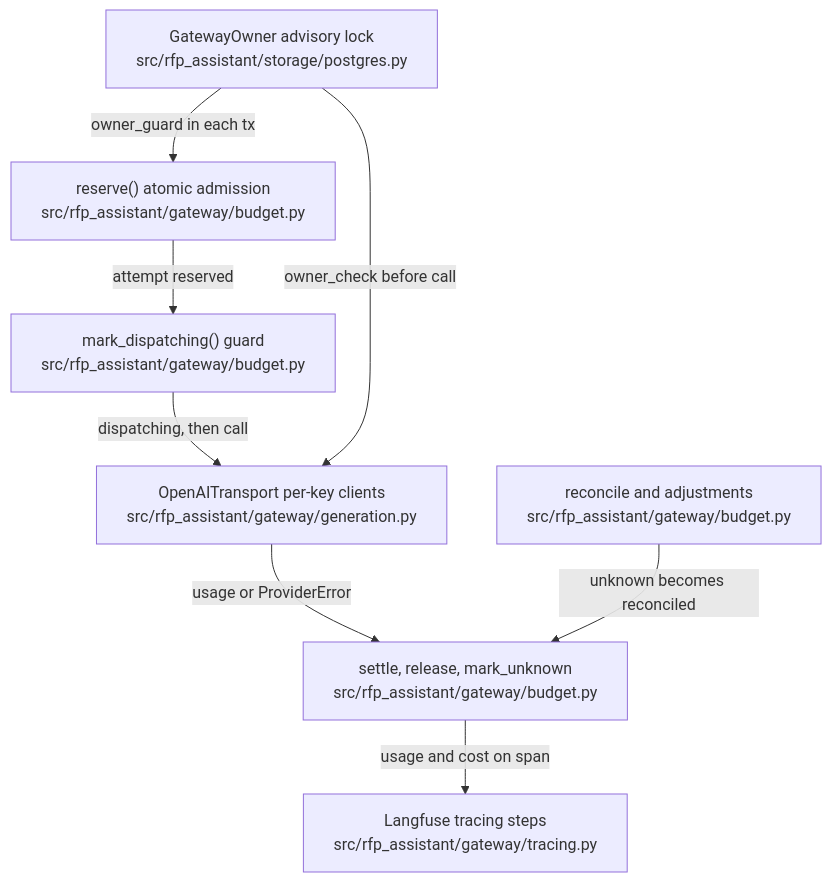
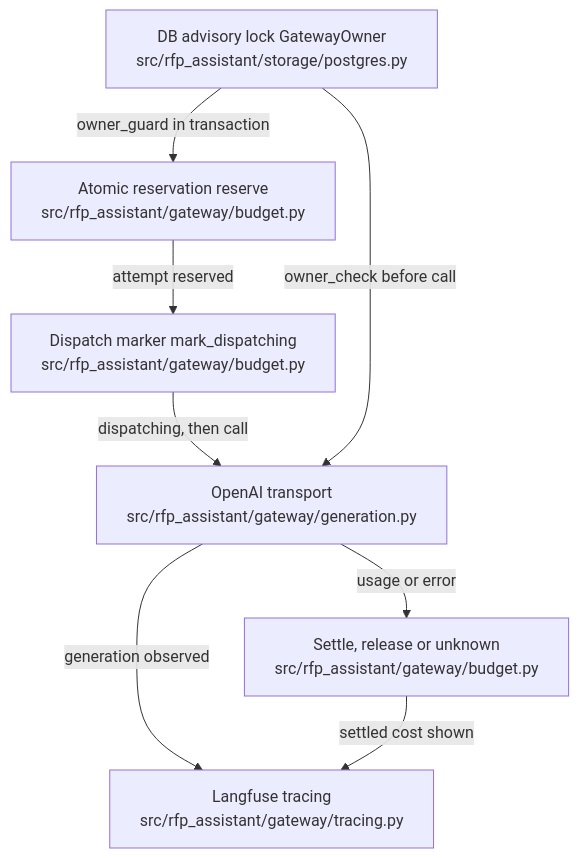
One commit to littleeeeebit/project-codeit-mid changed the diagram in .omm/overall-architecture/paid-gateway/diagram.mmd. Above: the diagram before and after it, drawn with Mermaid. The commit also changed 398 other files, not shown here.

```diff
--- a/.omm/overall-architecture/paid-gateway/diagram.mmd
+++ b/.omm/overall-architecture/paid-gateway/diagram.mmd
@@ -1,15 +1,8 @@
 graph TD
-  reserve-admission["reserve() atomic admission\nsrc/rfp_assistant/gateway/budget.py"]
-  dispatch-marker["mark_dispatching() guard\nsrc/rfp_assistant/gateway/budget.py"]
-  gateway-owner["GatewayOwner advisory lock\nsrc/rfp_assistant/storage/postgres.py"]
-  openai-transport["OpenAITransport per-key clients\nsrc/rfp_assistant/gateway/generation.py"]
-  settlement["settle, release, mark_unknown\nsrc/rfp_assistant/gateway/budget.py"]
-  owner-reconcile["reconcile and adjustments\nsrc/rfp_assistant/gateway/budget.py"]
-  langfuse-tracing["Langfuse tracing steps\nsrc/rfp_assistant/gateway/tracing.py"]
-  gateway-owner -->|"owner_guard in each tx"| reserve-admission
-  reserve-admission -->|"attempt reserved"| dispatch-marker
-  dispatch-marker -->|"dispatching, then call"| openai-transport
-  gateway-owner -->|"owner_check before call"| openai-transport
-  openai-transport -->|"usage or ProviderError"| settlement
-  owner-reconcile -->|"unknown becomes reconciled"| settlement
-  settlement -->|"usage and cost on span"| langfuse-tracing
+  gateway-lock["DB advisory lock GatewayOwner\nsrc/rfp_assistant/storage/postgres.py"] -->|"owner_guard in transaction"| admission["Atomic reservation reserve\nsrc/rfp_assistant/gateway/budget.py"]
+  admission -->|"attempt reserved"| dispatch-guard["Dispatch marker mark_dispatching\nsrc/rfp_assistant/gateway/budget.py"]
+  dispatch-guard -->|"dispatching, then call"| openai-transport["OpenAI transport\nsrc/rfp_assistant/gateway/generation.py"]
+  gateway-lock -->|"owner_check before call"| openai-transport
+  openai-transport -->|"usage or error"| settlement["Settle, release or unknown\nsrc/rfp_assistant/gateway/budget.py"]
+  openai-transport -->|"generation observed"| langfuse-tracing["Langfuse tracing\nsrc/rfp_assistant/gateway/tracing.py"]
+  settlement -->|"settled cost shown"| langfuse-tracing
```
